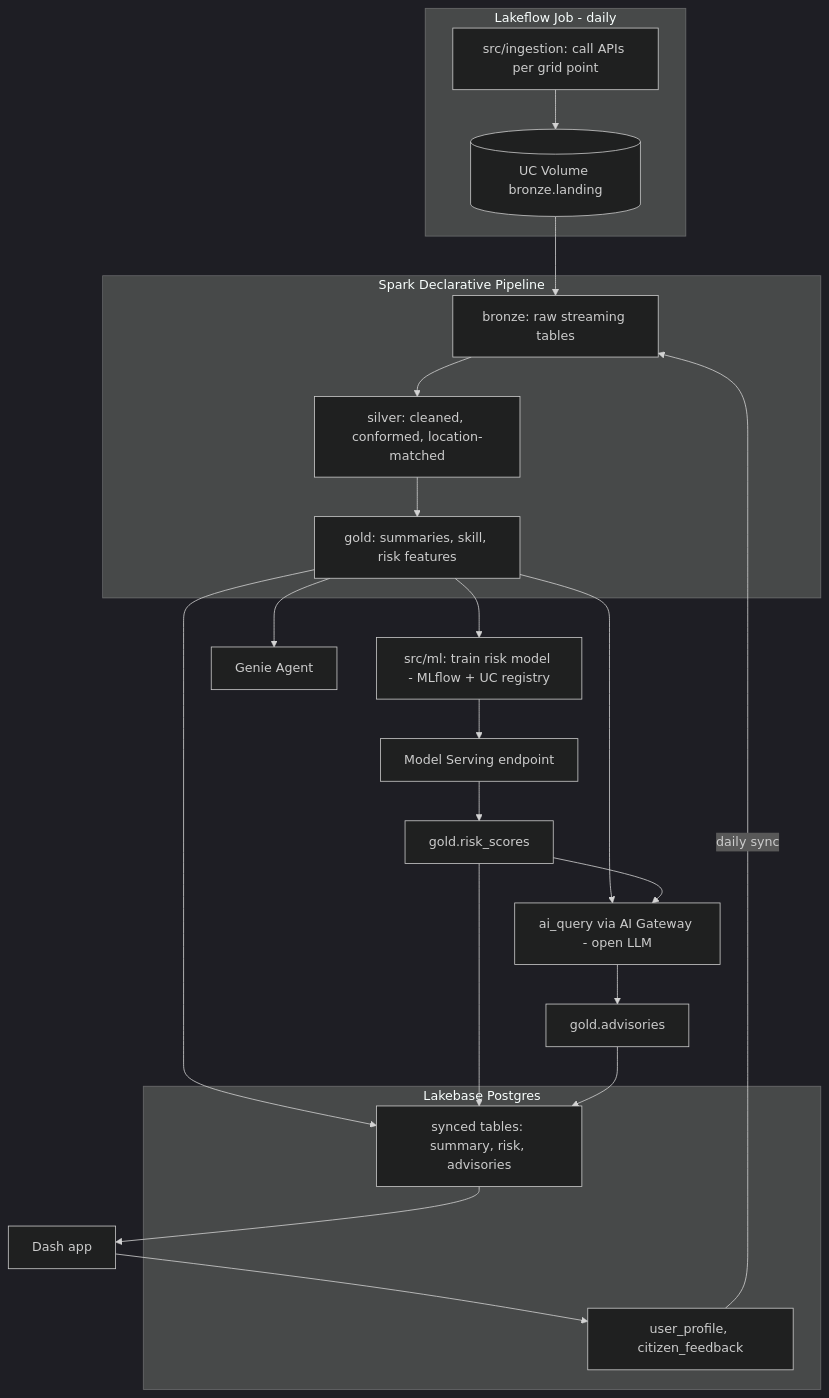
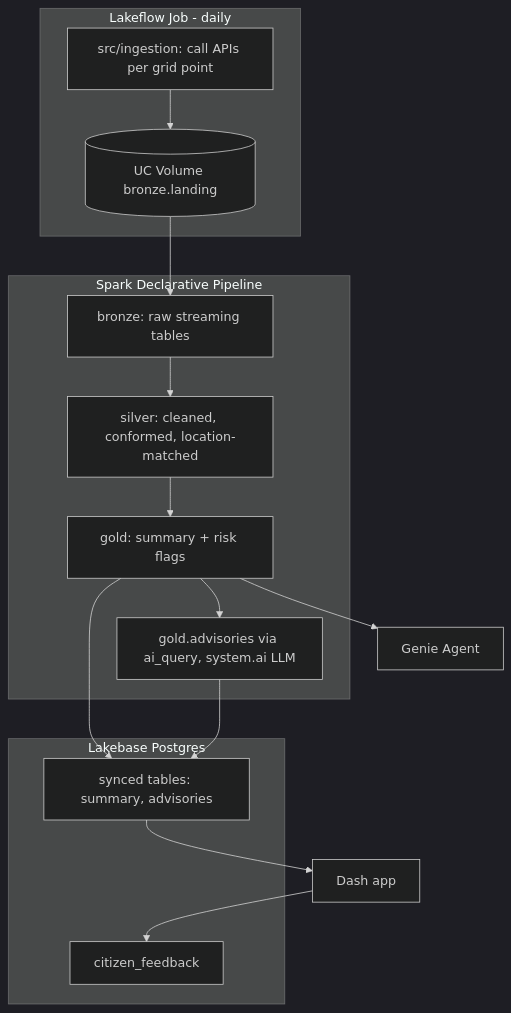
Before and after one commit to jose-alberto-salazar-jimenez/databricks_demos: the second of 5 diagrams in e2e_industry_solutions/weather_forecast_warning_comms/ARCHITECTURE.md, drawn with Mermaid (dark theme). The commit also changed other lines of this file and 14 other files, not shown here.

````diff
--- a/e2e_industry_solutions/weather_forecast_warning_comms/ARCHITECTURE.md
+++ b/e2e_industry_solutions/weather_forecast_warning_comms/ARCHITECTURE.md
@@ -19,28 +19,21 @@
 ```mermaid
 flowchart TB
   subgraph Ingest[Lakeflow Job - daily]
     land[src/ingestion: call APIs per grid point] --> vol[(UC Volume bronze.landing)]
   end
   subgraph Medallion[Spark Declarative Pipeline]
     b[bronze: raw streaming tables] --> s[silver: cleaned, conformed, location-matched]
-    s --> g[gold: summaries, skill, risk features]
+    s --> g[gold: summary + risk flags]
+    g --> adv[gold.advisories via ai_query, system.ai LLM]
   end
   vol --> b
-  g --> train[src/ml: train risk model - MLflow + UC registry]
-  train --> serve[Model Serving endpoint]
-  serve --> scores[gold.risk_scores]
-  g --> llm[ai_query via AI Gateway - open LLM]
-  scores --> llm
-  llm --> adv[gold.advisories]
   g --> genie[Genie Agent]
   subgraph Lakebase[Lakebase Postgres]
-    synced[synced tables: summary, risk, advisories]
-    oltp[user_profile, citizen_feedback]
+    synced[synced tables: summary, advisories]
+    oltp[citizen_feedback]
   end
   g --> synced
-  scores --> synced
   adv --> synced
   synced --> app[Dash app]
   app --> oltp
-  oltp -->|daily sync| b
 ```
````
